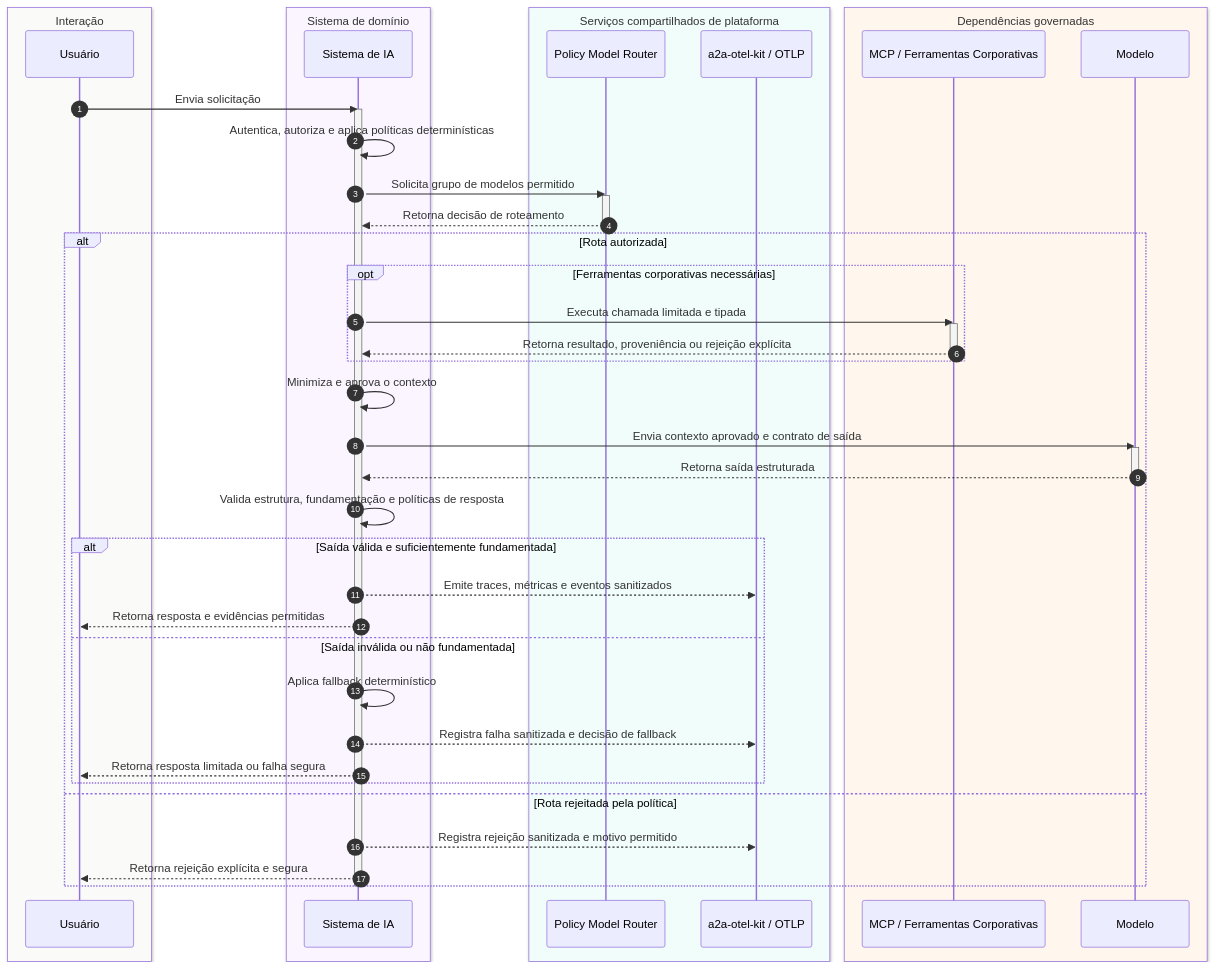
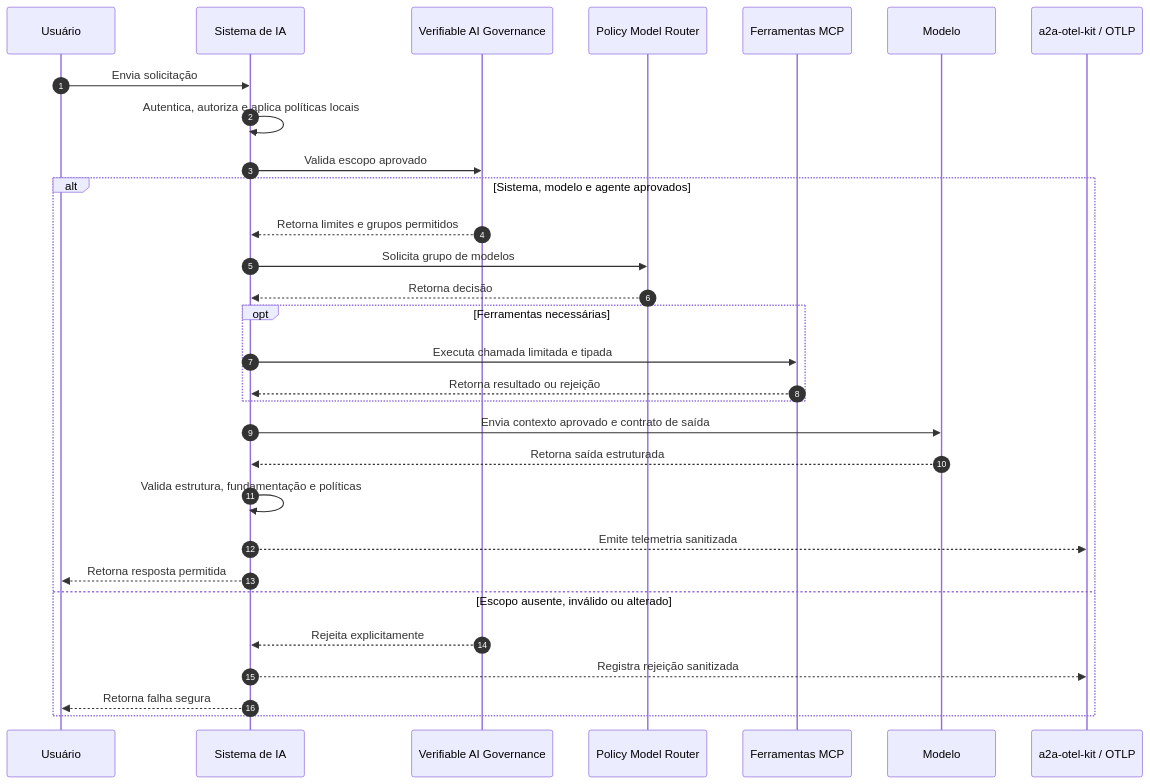
One commit to brunovicco/brunovicco changed the fourth of 4 diagrams in PORTFOLIO_ARCHITECTURE.pt-BR.md. Above: the diagram before and after it, drawn with Mermaid. The commit also changed other lines of this file and 6 other files, not shown here.

Commit message:
docs: update profile with verifiable AI governance project (#9)

````diff
--- a/PORTFOLIO_ARCHITECTURE.pt-BR.md
+++ b/PORTFOLIO_ARCHITECTURE.pt-BR.md
@@ -246,63 +243,34 @@
 ```mermaid
 sequenceDiagram
     autonumber
-
-    box rgb(250, 250, 249) Interação
-        participant User as Usuário
-    end
-
-    box rgb(250, 245, 255) Sistema de domínio
-        participant App as Sistema de IA
-    end
-
-    box rgb(240, 253, 250) Serviços compartilhados de plataforma
-        participant Router as Policy Model Router
-        participant OTel as a2a-otel-kit / OTLP
-    end
-
-    box rgb(255, 247, 237) Dependências governadas
-        participant MCP as MCP / Ferramentas Corporativas
-        participant Model as Modelo
-    end
+    participant User as Usuário
+    participant App as Sistema de IA
+    participant Gov as Verifiable AI Governance
+    participant Router as Policy Model Router
+    participant MCP as Ferramentas MCP
+    participant Model as Modelo
+    participant OTel as a2a-otel-kit / OTLP
 
     User->>App: Envia solicitação
-    activate App
+    App->>App: Autentica, autoriza e aplica políticas locais
+    App->>Gov: Valida escopo aprovado
 
-    App->>App: Autentica, autoriza e aplica políticas determinísticas
-    App->>Router: Solicita grupo de modelos permitido
-    activate Router
-    Router-->>App: Retorna decisão de roteamento
-    deactivate Router
-
-    alt Rota autorizada
-        opt Ferramentas corporativas necessárias
+    alt Sistema, modelo e agente aprovados
+        Gov-->>App: Retorna limites e grupos permitidos
+        App->>Router: Solicita grupo de modelos
+        Router-->>App: Retorna decisão
+        opt Ferramentas necessárias
             App->>MCP: Executa chamada limitada e tipada
-            activate MCP
-            MCP-->>App: Retorna resultado, proveniência ou rejeição explícita
-            deactivate MCP
+            MCP-->>App: Retorna resultado ou rejeição
         end
-
-        App->>App: Minimiza e aprova o contexto
         App->>Model: Envia contexto aprovado e contrato de saída
-        activate Model
         Model-->>App: Retorna saída estruturada
-        deactivate Model
-
-        App->>App: Valida estrutura, fundamentação e políticas de resposta
-
-        alt Saída válida e suficientemente fundamentada
-            App-->>OTel: Emite traces, métricas e eventos sanitizados
-            App-->>User: Retorna resposta e evidências permitidas
-        else Saída inválida ou não fundamentada
-            App->>App: Aplica fallback determinístico
-            App-->>OTel: Registra falha sanitizada e decisão de fallback
-            App-->>User: Retorna resposta limitada ou falha segura
-        end
-
-    else Rota rejeitada pela política
-        App-->>OTel: Registra rejeição sanitizada e motivo permitido
-        App-->>User: Retorna rejeição explícita e segura
+        App->>App: Valida estrutura, fundamentação e políticas
+        App-->>OTel: Emite telemetria sanitizada
+        App-->>User: Retorna resposta permitida
+    else Escopo ausente, inválido ou alterado
+        Gov-->>App: Rejeita explicitamente
+        App-->>OTel: Registra rejeição sanitizada
+        App-->>User: Retorna falha segura
     end
-
-    deactivate App
 ```
````
